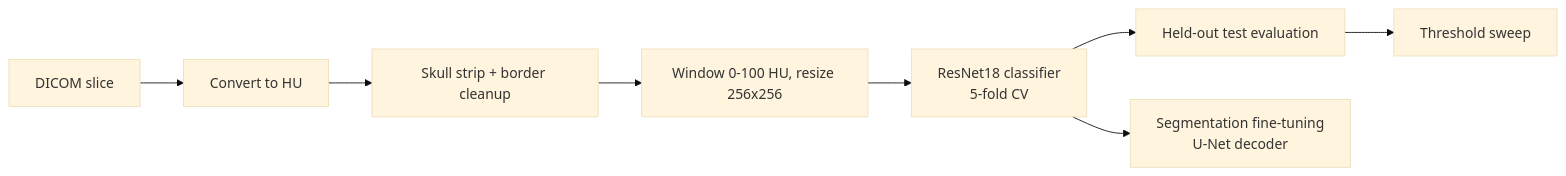
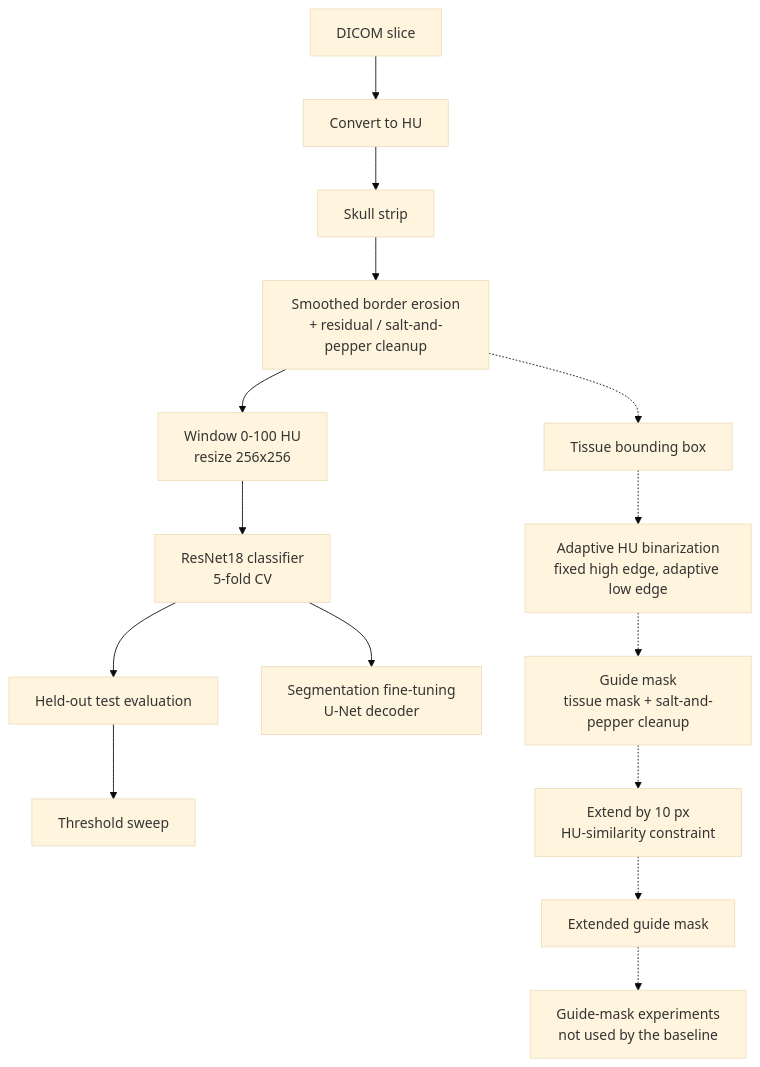
Before and after one commit to Arjuuuu07/brain-stroke-ct-classification: the diagram in README.md, drawn with Mermaid (base theme). The commit also changed other lines of this file, not shown here.

````diff
--- a/README.md
+++ b/README.md
@@ -56,10 +56,19 @@
 ```mermaid
-flowchart LR
+flowchart TD
     A[DICOM slice] --> B[Convert to HU]
-    B --> C[Skull strip + border cleanup]
-    C --> D[Window 0-100 HU, resize 256x256]
-    D --> E[ResNet18 classifier<br/>5-fold CV]
-    E --> F[Held-out test evaluation]
-    F --> G[Threshold sweep]
-    E --> H[Segmentation fine-tuning<br/>U-Net decoder]
+    B --> C[Skull strip]
+    C --> D[Smoothed border erosion<br/>+ residual / salt-and-pepper cleanup]
+
+    D --> E[Window 0-100 HU<br/>resize 256x256]
+    E --> F[ResNet18 classifier<br/>5-fold CV]
+    F --> G[Held-out test evaluation]
+    G --> H[Threshold sweep]
+    F --> I[Segmentation fine-tuning<br/>U-Net decoder]
+
+    D -.-> J[Tissue bounding box]
+    J -.-> K[Adaptive HU binarization<br/>fixed high edge, adaptive low edge]
+    K -.-> L[Guide mask<br/>tissue mask + salt-and-pepper cleanup]
+    L -.-> M[Extend by 10 px<br/>HU-similarity constraint]
+    M -.-> N[Extended guide mask]
+    N -.-> O[Guide-mask experiments<br/>not used by the baseline]
 ```
````
